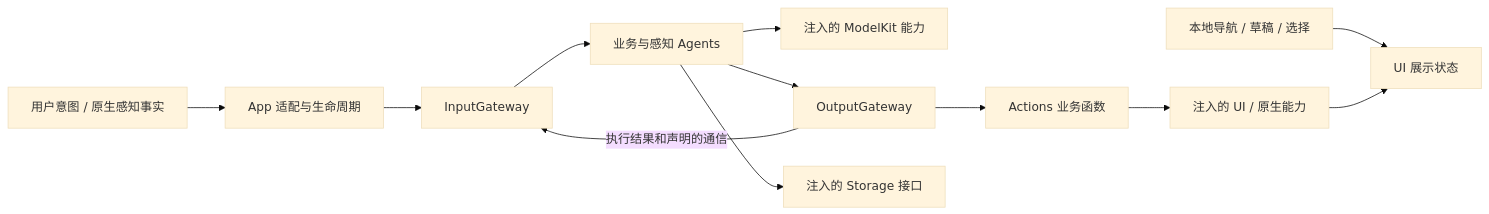
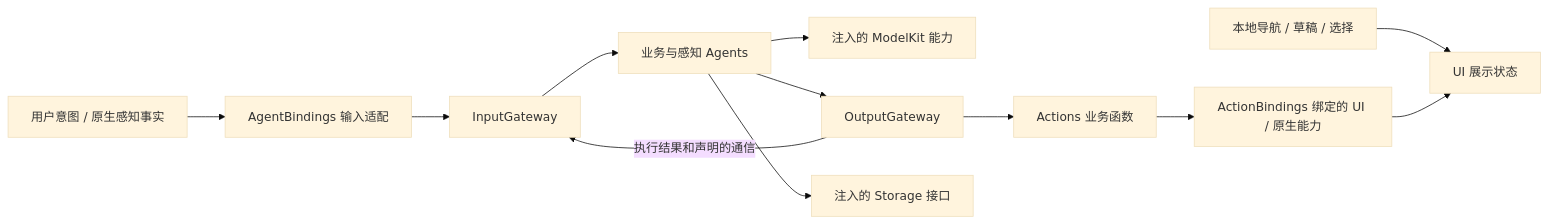
One commit to devilyouwei/MobileHarness changed the diagram in docs/Architecture.md. Above: the diagram before and after it, drawn with Mermaid (base theme). The commit also changed other lines of this file and 254 other files, not shown here.

First line of the commit message:
refactor: isolate app composition and module bindings

````diff
--- a/docs/Architecture.md
+++ b/docs/Architecture.md
@@ -7,14 +7,14 @@
 ```mermaid
 flowchart LR
-    Input[用户意图 / 原生感知事实] --> Host[App 适配与生命周期]
+    Input[用户意图 / 原生感知事实] --> Host[AgentBindings 输入适配]
     Host --> In[InputGateway]
     In --> Agents[业务与感知 Agents]
     Agents --> Models[注入的 ModelKit 能力]
     Agents --> Out[OutputGateway]
     Out --> Functions[Actions 业务函数]
-    Functions --> Effects[注入的 UI / 原生能力]
+    Functions --> Effects[ActionBindings 绑定的 UI / 原生能力]
     Out -->|执行结果和声明的通信| In
     Agents --> Data[注入的 Storage 接口]
     Local[本地导航 / 草稿 / 选择] --> UI[UI 展示状态]
     Effects --> UI
 ```
````
